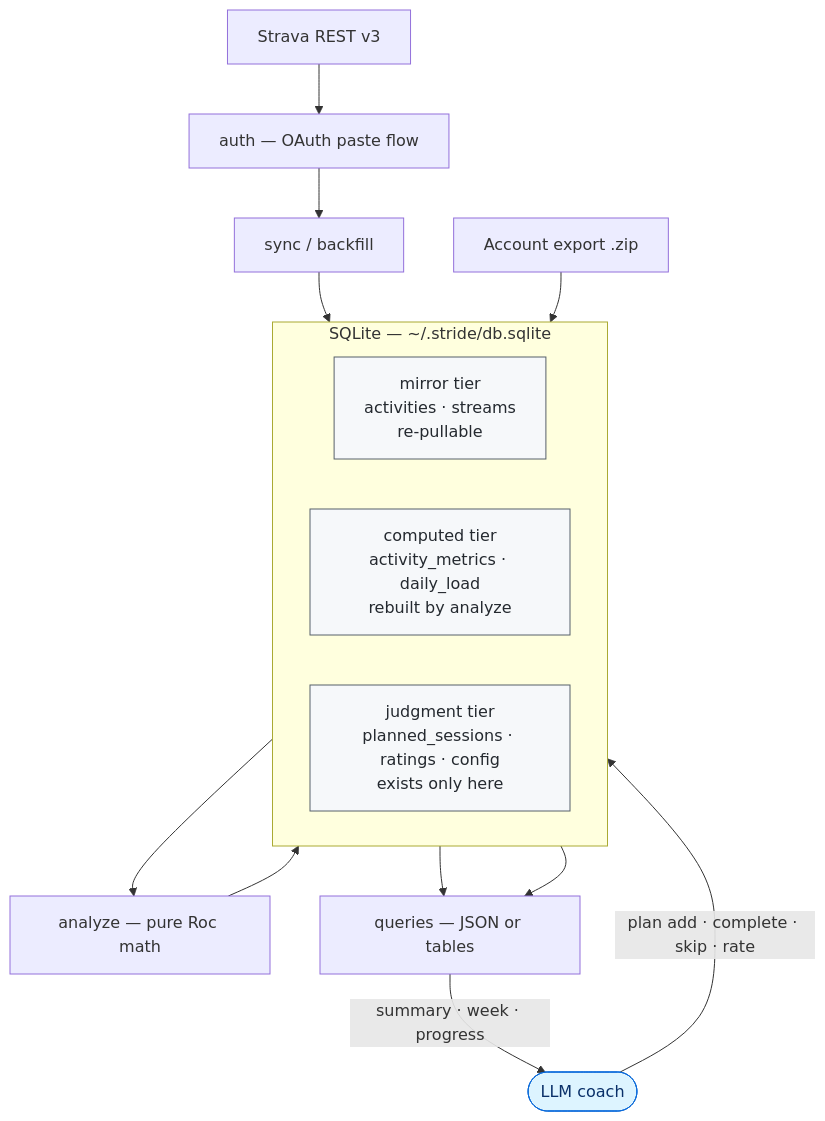
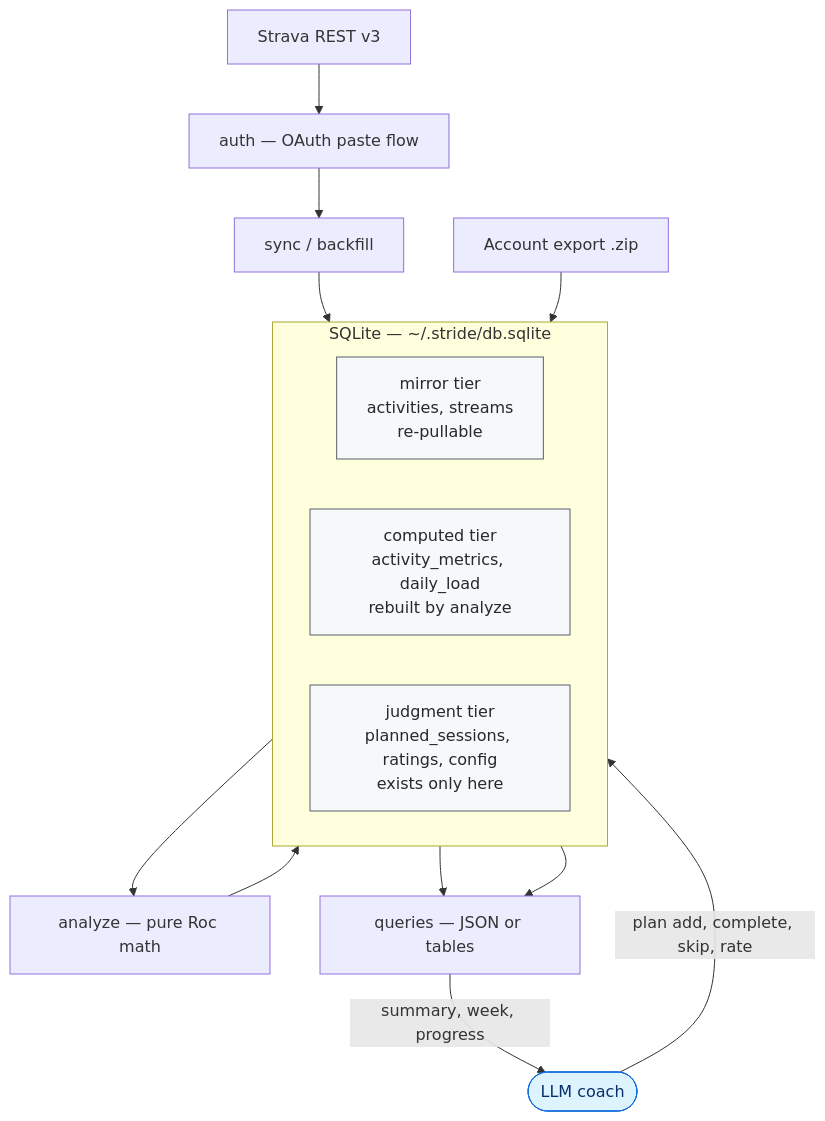
One commit to eschizoid/stride changed the diagram in README.md. Above: the diagram before and after it, drawn with Mermaid.

Commit message:
docs: comma separators in the diagram so wrapped labels don't dangle
The middot separator floated when a label wrapped — "summary · week ·" ended a
line, and "plan add · complete · skip" pushed "· rate" onto the next one with a
leading bullet. A comma stays attached to the word before it, so a wrap can never
strand it.

Only inside the mermaid fence; the prose elsewhere still uses middots, where lines
are set by the reader's viewport rather than a node box.

````diff
--- a/README.md
+++ b/README.md
@@ -266,31 +266,31 @@
 ```mermaid
 flowchart TD
     strava["Strava REST v3"]
     export["Account export .zip"]
     auth["auth — OAuth paste flow"]
     sync["sync / backfill"]
 
     subgraph db["SQLite — ~/.stride/db.sqlite"]
         direction LR
-        mirror["mirror tier<br>activities · streams<br>re-pullable"]
-        computed["computed tier<br>activity_metrics · daily_load<br>rebuilt by analyze"]
-        judgment["judgment tier<br>planned_sessions · ratings · config<br>exists only here"]
+        mirror["mirror tier<br>activities, streams<br>re-pullable"]
+        computed["computed tier<br>activity_metrics, daily_load<br>rebuilt by analyze"]
+        judgment["judgment tier<br>planned_sessions, ratings, config<br>exists only here"]
     end
 
     analyze["analyze — pure Roc math"]
     queries["queries — JSON or tables"]
     coach(["LLM coach"])
 
     strava --> auth --> sync --> mirror
     export --> mirror
     mirror --> analyze --> computed
     computed --> queries
     judgment --> queries
-    queries -->|"summary · week · progress"| coach
-    coach -->|"plan add · complete · skip · rate"| judgment
+    queries -->|"summary, week, progress"| coach
+    coach -->|"plan add, complete, skip, rate"| judgment
 
     classDef tier fill:#f6f8fa,stroke:#57606a,color:#24292f
     classDef actor fill:#ddf4ff,stroke:#0969da,color:#0a3069
     class mirror,computed,judgment tier
     class coach actor
 ```
````
